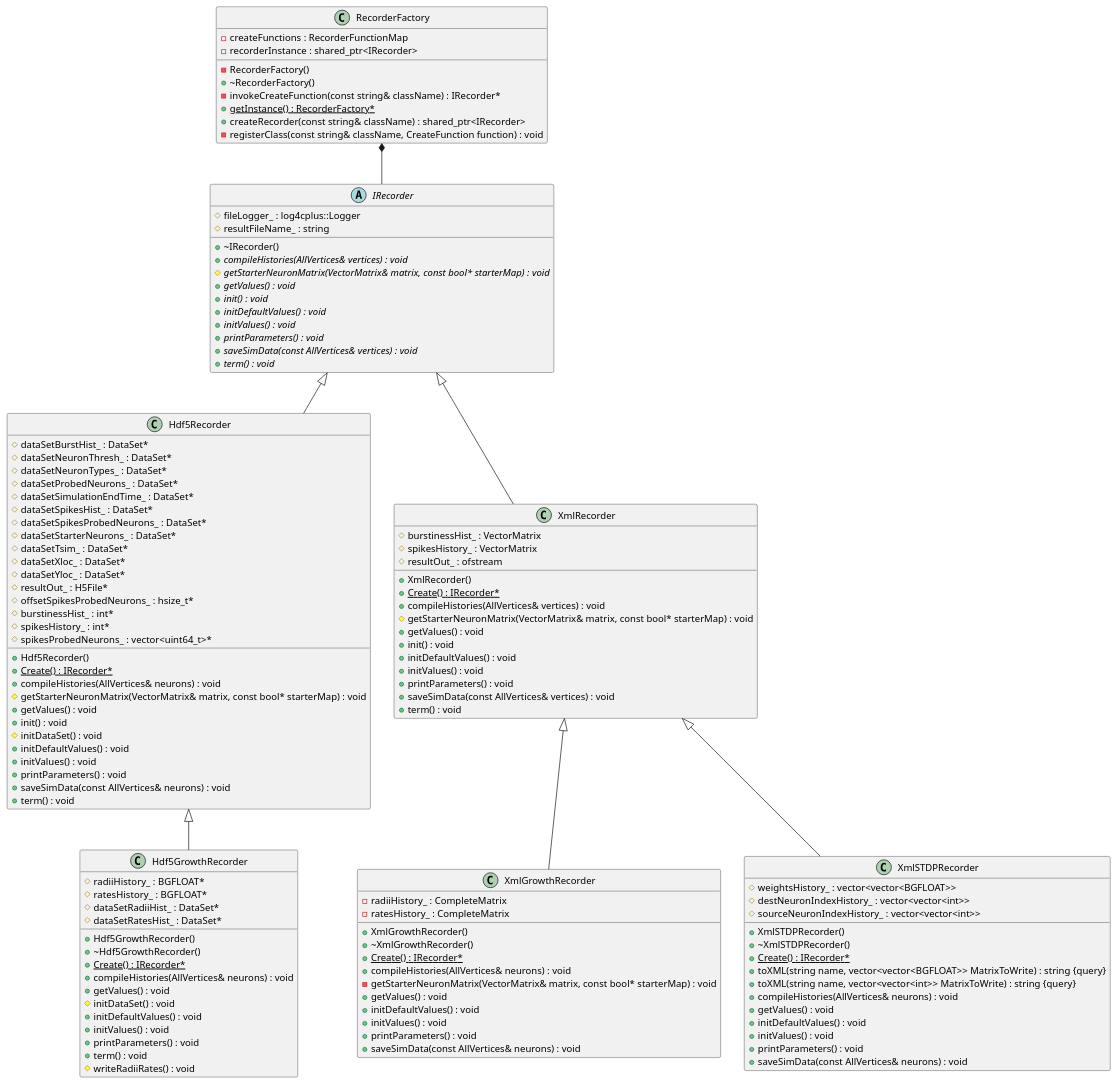
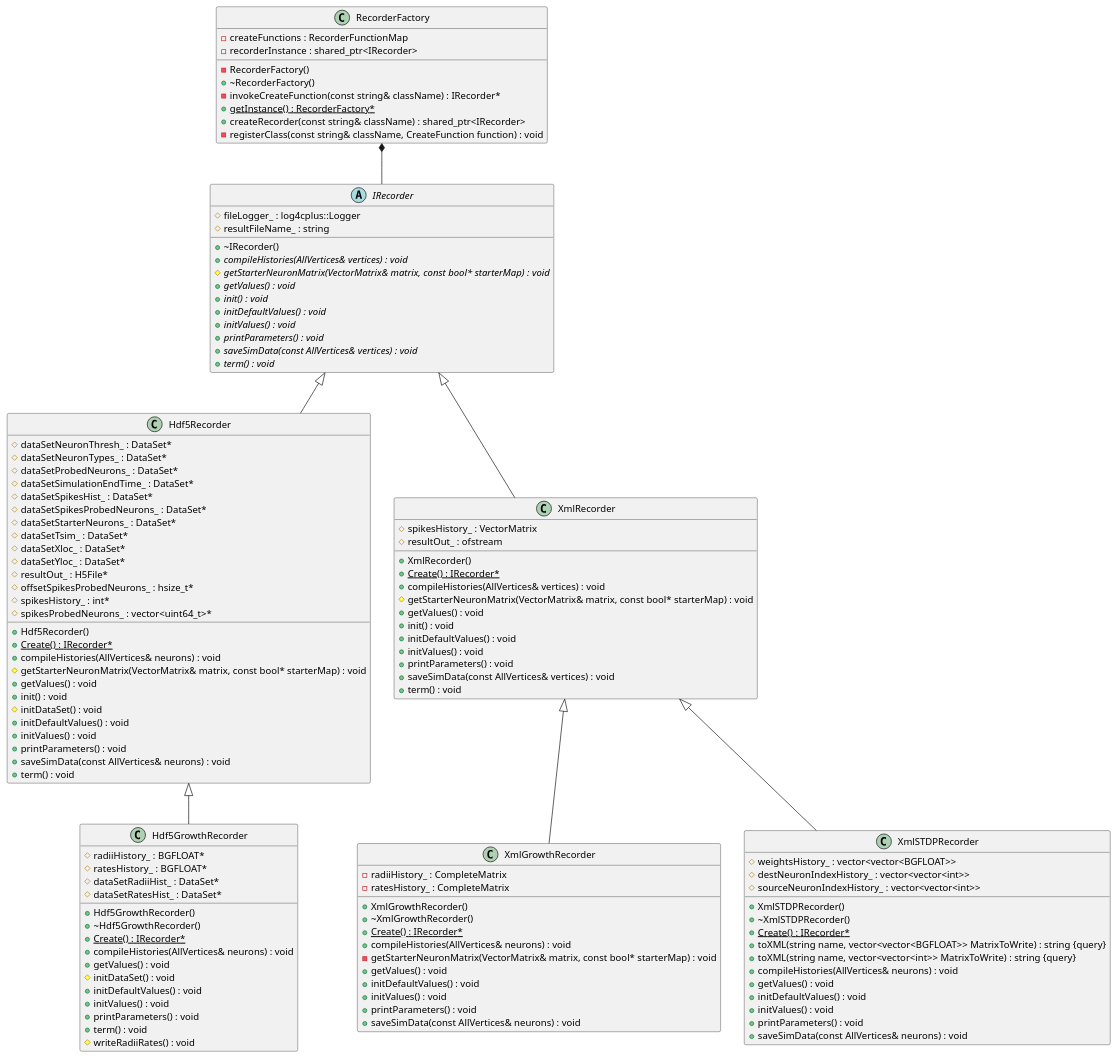
One commit to UWB-Biocomputing/Graphitti changed the diagram in docs/Developer/ClassDiagrams/recorder.puml. Above: the diagram before and after it, drawn with PlantUML. The commit also changed 12 other files, not shown here.

Commit message:
issue_275 delete burstinessHist_ in recorder

```diff
--- a/docs/Developer/ClassDiagrams/recorder.puml
+++ b/docs/Developer/ClassDiagrams/recorder.puml
@@ -1,176 +1,173 @@
 @startuml RecorderClassDiagram
 
 
 
 
 
 /' Objects '/
 
 class Hdf5GrowthRecorder {
 	+Hdf5GrowthRecorder()
 	+~Hdf5GrowthRecorder()
 	#radiiHistory_ : BGFLOAT*
 	#ratesHistory_ : BGFLOAT*
 	#dataSetRadiiHist_ : DataSet*
 	#dataSetRatesHist_ : DataSet*
 	+{static} Create() : IRecorder*
 	+compileHistories(AllVertices& neurons) : void
 	+getValues() : void
 	#initDataSet() : void
 	+initDefaultValues() : void
 	+initValues() : void
 	+printParameters() : void
 	+term() : void
 	#writeRadiiRates() : void
 }
 
 
 class Hdf5Recorder {
 	+Hdf5Recorder()
-	#dataSetBurstHist_ : DataSet*
 	#dataSetNeuronThresh_ : DataSet*
 	#dataSetNeuronTypes_ : DataSet*
 	#dataSetProbedNeurons_ : DataSet*
 	#dataSetSimulationEndTime_ : DataSet*
 	#dataSetSpikesHist_ : DataSet*
 	#dataSetSpikesProbedNeurons_ : DataSet*
 	#dataSetStarterNeurons_ : DataSet*
 	#dataSetTsim_ : DataSet*
 	#dataSetXloc_ : DataSet*
 	#dataSetYloc_ : DataSet*
 	#resultOut_ : H5File*
 	+{static} Create() : IRecorder*
 	#offsetSpikesProbedNeurons_ : hsize_t*
-	#burstinessHist_ : int*
 	#spikesHistory_ : int*
 	#spikesProbedNeurons_ : vector<uint64_t>*
 	+compileHistories(AllVertices& neurons) : void
 	#getStarterNeuronMatrix(VectorMatrix& matrix, const bool* starterMap) : void
 	+getValues() : void
 	+init() : void
 	#initDataSet() : void
 	+initDefaultValues() : void
 	+initValues() : void
 	+printParameters() : void
 	+saveSimData(const AllVertices& neurons) : void
 	+term() : void
 }
 
 
 abstract class IRecorder {
 	+~IRecorder()
 	#fileLogger_ : log4cplus::Logger
 	#resultFileName_ : string
 	+{abstract} compileHistories(AllVertices& vertices) : void
 	#{abstract} getStarterNeuronMatrix(VectorMatrix& matrix, const bool* starterMap) : void
 	+{abstract} getValues() : void
 	+{abstract} init() : void
 	+{abstract} initDefaultValues() : void
 	+{abstract} initValues() : void
 	+{abstract} printParameters() : void
 	+{abstract} saveSimData(const AllVertices& vertices) : void
 	+{abstract} term() : void
 }
 
 
 class RecorderFactory {
 	-RecorderFactory()
 	+~RecorderFactory()
 	-invokeCreateFunction(const string& className) : IRecorder*
 	+{static} getInstance() : RecorderFactory*
 	-createFunctions : RecorderFunctionMap
 	+createRecorder(const string& className) : shared_ptr<IRecorder>
 	-recorderInstance : shared_ptr<IRecorder>
 	-registerClass(const string& className, CreateFunction function) : void
 }
 
 
 class XmlGrowthRecorder {
 	+XmlGrowthRecorder()
 	+~XmlGrowthRecorder()
 	-radiiHistory_ : CompleteMatrix
 	-ratesHistory_ : CompleteMatrix
 	+{static} Create() : IRecorder*
 	+compileHistories(AllVertices& neurons) : void
 	-getStarterNeuronMatrix(VectorMatrix& matrix, const bool* starterMap) : void
 	+getValues() : void
 	+initDefaultValues() : void
 	+initValues() : void
 	+printParameters() : void
 	+saveSimData(const AllVertices& neurons) : void
 }
 
 
 class XmlRecorder {
 	+XmlRecorder()
 	+{static} Create() : IRecorder*
-	#burstinessHist_ : VectorMatrix
 	#spikesHistory_ : VectorMatrix
 	#resultOut_ : ofstream
 	+compileHistories(AllVertices& vertices) : void
 	#getStarterNeuronMatrix(VectorMatrix& matrix, const bool* starterMap) : void
 	+getValues() : void
 	+init() : void
 	+initDefaultValues() : void
 	+initValues() : void
 	+printParameters() : void
 	+saveSimData(const AllVertices& vertices) : void
 	+term() : void
 }
 
 
 class XmlSTDPRecorder {
 	+XmlSTDPRecorder()
 	+~XmlSTDPRecorder()
 	+{static} Create() : IRecorder*
 	+toXML(string name, vector<vector<BGFLOAT>> MatrixToWrite) : string {query}
 	+toXML(string name, vector<vector<int>> MatrixToWrite) : string {query}
 	#weightsHistory_ : vector<vector<BGFLOAT>>
 	#destNeuronIndexHistory_ : vector<vector<int>>
 	#sourceNeuronIndexHistory_ : vector<vector<int>>
 	+compileHistories(AllVertices& neurons) : void
 	+getValues() : void
 	+initDefaultValues() : void
 	+initValues() : void
 	+printParameters() : void
 	+saveSimData(const AllVertices& neurons) : void
 }
 
 
 
 
 
 /' Inheritance relationships '/
 
 .Hdf5Recorder <|-- .Hdf5GrowthRecorder
 
 
 .IRecorder <|-- .Hdf5Recorder
 
 
 .IRecorder <|-- .XmlRecorder
 
 
 .XmlRecorder <|-- .XmlGrowthRecorder
 
 
 .XmlRecorder <|-- .XmlSTDPRecorder
 
 
 
 
 
 /' Aggregation relationships '/
 
 .RecorderFactory *-- .IRecorder
 
 
 
 
 
 
 /' Nested objects '/
 
 
 
 @enduml
```
